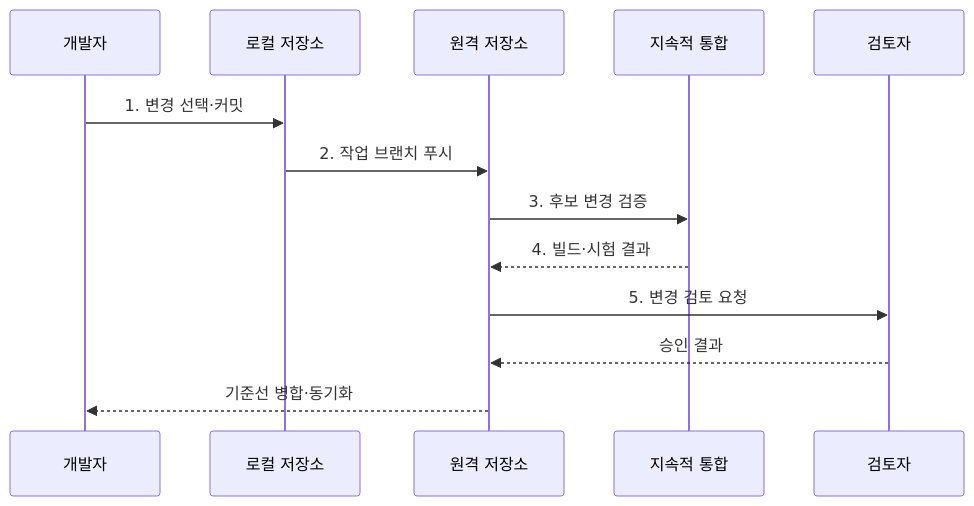
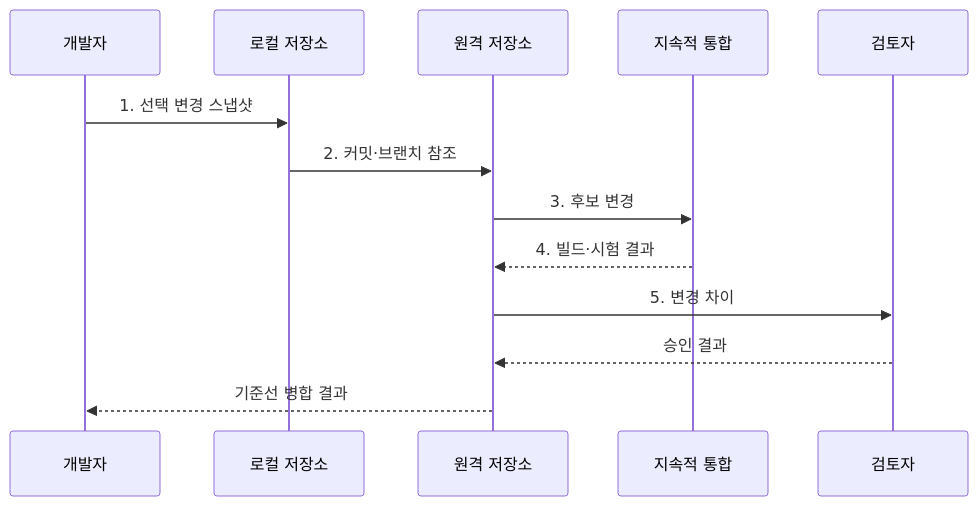
One commit to agnusdei1207/knowledge-base changed the second of 2 diagrams in src/content/docs/notes/03-software/052_configuration_management_git.md. Above: the diagram before and after it, drawn with Mermaid. The commit also changed other lines of this file and 20 other files, not shown here.

````diff
--- a/src/content/docs/notes/03-software/052_configuration_management_git.md
+++ b/src/content/docs/notes/03-software/052_configuration_management_git.md
@@ -89,15 +88,15 @@
 ```mermaid
 sequenceDiagram
     participant D as 개발자
     participant L as 로컬 저장소
     participant R as 원격 저장소
     participant C as 지속적 통합
     participant A as 검토자
-    D->>L: 1. 변경 선택·커밋
-    L->>R: 2. 작업 브랜치 푸시
-    R->>C: 3. 후보 변경 검증
+    D->>L: 1. 선택 변경 스냅샷
+    L->>R: 2. 커밋·브랜치 참조
+    R->>C: 3. 후보 변경
     C-->>R: 4. 빌드·시험 결과
-    R->>A: 5. 변경 검토 요청
+    R->>A: 5. 변경 차이
     A-->>R: 승인 결과
-    R-->>D: 기준선 병합·동기화
+    R-->>D: 기준선 병합 결과
 ```
````
